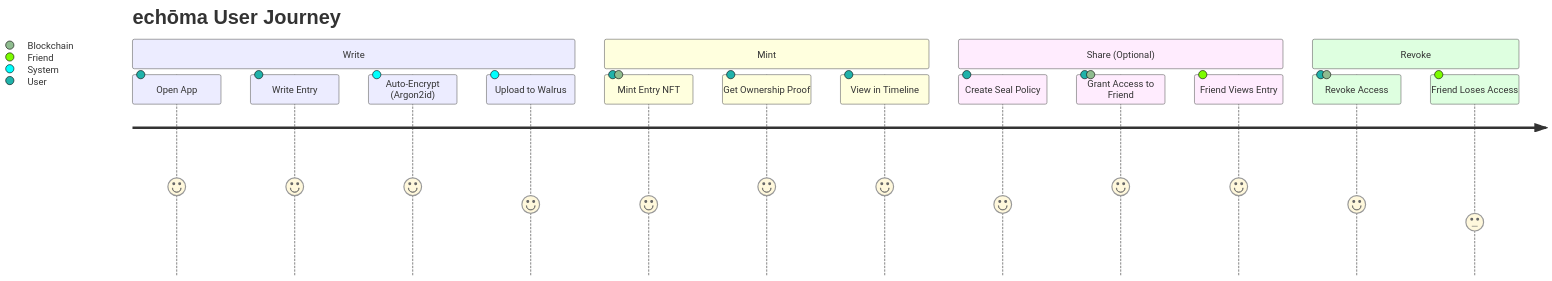
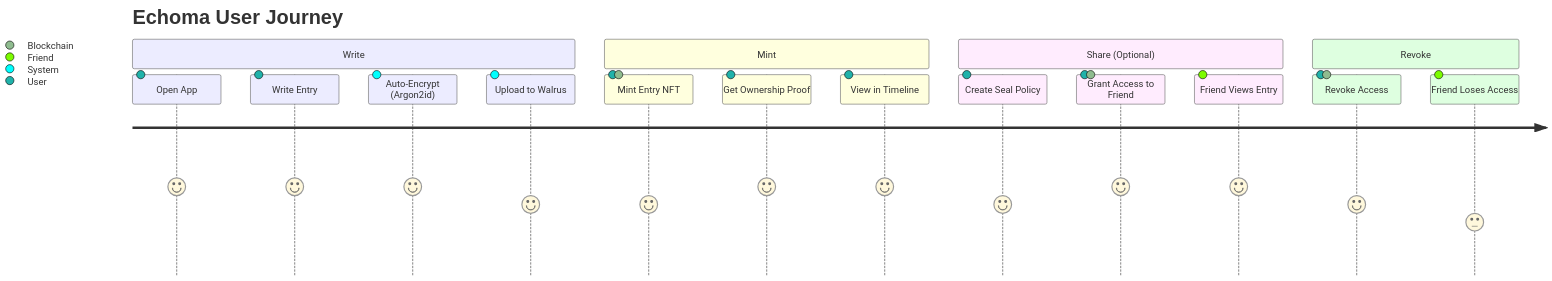
Before and after one commit to ww11632/echoma: the fourth of 6 diagrams in ARCHITECTURE_VISUAL.md, drawn with Mermaid. The commit also changed other lines of this file and 7 other files, not shown here.

Commit message:
Standardize the spelling of "Echoma" across multiple documentation files, including architecture visualizations, demo flow guides, and visual asset instructions. This update enhances consistency and clarity in branding throughout the project documentation.

````diff
--- a/ARCHITECTURE_VISUAL.md
+++ b/ARCHITECTURE_VISUAL.md
@@ -128,20 +128,20 @@
 ```mermaid
 journey
-    title echōma User Journey
+    title Echoma User Journey
     section Write
       Open App: 5: User
       Write Entry: 5: User
       Auto-Encrypt (Argon2id): 5: System
       Upload to Walrus: 4: System
     section Mint
       Mint Entry NFT: 4: User, Blockchain
       Get Ownership Proof: 5: User
       View in Timeline: 5: User
     section Share (Optional)
       Create Seal Policy: 4: User
       Grant Access to Friend: 5: User, Blockchain
       Friend Views Entry: 5: Friend
     section Revoke
       Revoke Access: 4: User, Blockchain
       Friend Loses Access: 3: Friend
 ```
````
